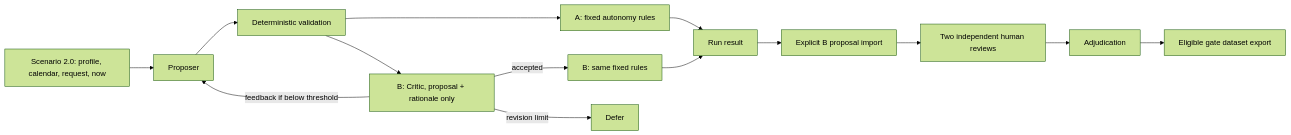
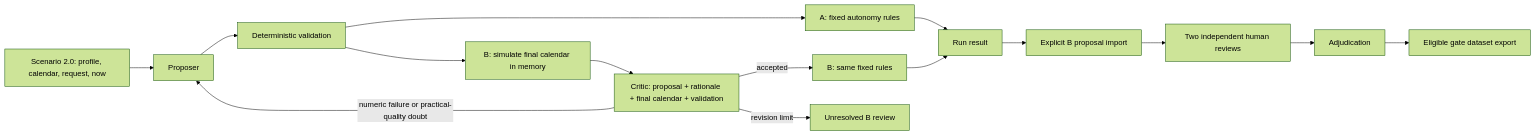
One commit to TiagoJMVital/HCAI_Project changed the diagram in docs/02_ARCHITECTURE.md. Above: the diagram before and after it, drawn with Mermaid (forest theme). The commit also changed other lines of this file and 28 other files, not shown here.

Commit message:
fix on the propeser + critic proposal workflow

````diff
--- a/docs/02_ARCHITECTURE.md
+++ b/docs/02_ARCHITECTURE.md
@@ -5,16 +5,17 @@
 ```mermaid
 flowchart LR
   S[Scenario 2.0: profile, calendar, request, now] --> P[Proposer]
   P --> V[Deterministic validation]
   V --> A[A: fixed autonomy rules]
-  V --> K[B: Critic, proposal + rationale only]
-  K -->|feedback if below threshold| P
+  V --> F[B: simulate final calendar in memory]
+  F --> K[Critic: proposal + rationale + final calendar + validation]
+  K -->|numeric failure or practical-quality doubt| P
   K -->|accepted| R[B: same fixed rules]
-  K -->|revision limit| D[Defer]
+  K -->|revision limit| D[Unresolved B review]
   R --> O[Run result]
   A --> O
   O --> I[Explicit B proposal import]
   I --> H[Two independent human reviews]
   H --> C[Adjudication]
   C --> G[Eligible gate dataset export]
 ```
````
